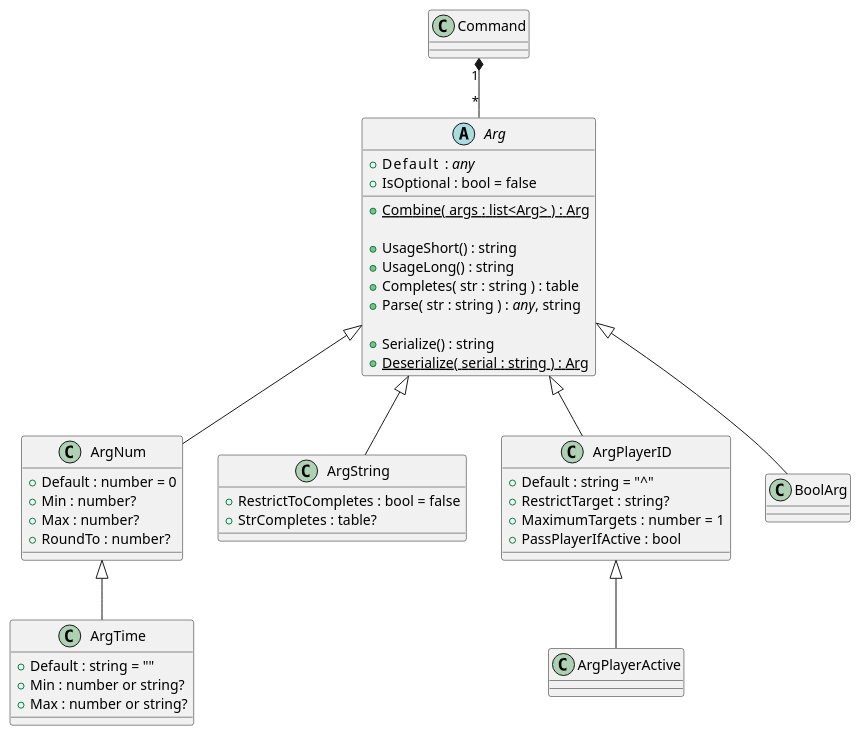
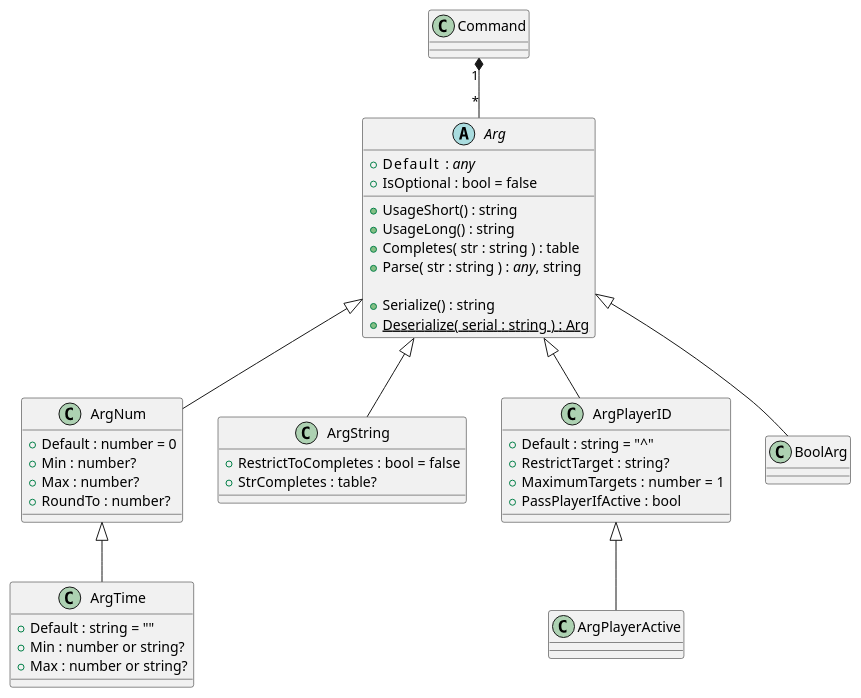
The diagram in doc/uml/arguments.iuml (TeamUlysses/ulx4), drawn with PlantUML before and after one commit. The commit also changed 2 other files, not shown here.

Commit message:
Removed "combine" functions -- changed my mind, will use a precedent based system instead. Fixed newlines in long usages.

```diff
--- a/doc/uml/arguments.iuml
+++ b/doc/uml/arguments.iuml
@@ -1,53 +1,51 @@
 @startuml
 abstract class Arg {
 	+Default    : //any//
 	+IsOptional : bool = false
-
-	+Combine( args : list<Arg> ) : Arg {static}
 
 	+UsageShort() : string
 	+UsageLong() : string
 	+Completes( str : string ) : table
 	+Parse( str : string ) : //any//, string
 
 	+Serialize() : string
 	+Deserialize( serial : string ) : Arg {static}
 }
 
 class ArgNum {
 	+Default : number = 0
 	+Min : number?
 	+Max : number?
 	+RoundTo : number?
 }
 
 class ArgTime {
 	+Default : string = ""
 	+Min : number or string?
 	+Max : number or string?
 }
 
 class ArgString {
 	+RestrictToCompletes : bool = false
 	+StrCompletes : table?
 }
 
 class ArgPlayerID {
 	+Default : string = "^"
 	+RestrictTarget : string?
 	+MaximumTargets : number = 1
 	+PassPlayerIfActive : bool
 }
 
 class ArgPlayerActive {
 }
 
 Command "1" *-- "*" Arg
 
 Arg <|-- ArgNum
 ArgNum <|-- ArgTime
 Arg <|-- ArgString
 Arg <|-- ArgPlayerID
 ArgPlayerID <|-- ArgPlayerActive
 Arg <|-- BoolArg
 @enduml
```
